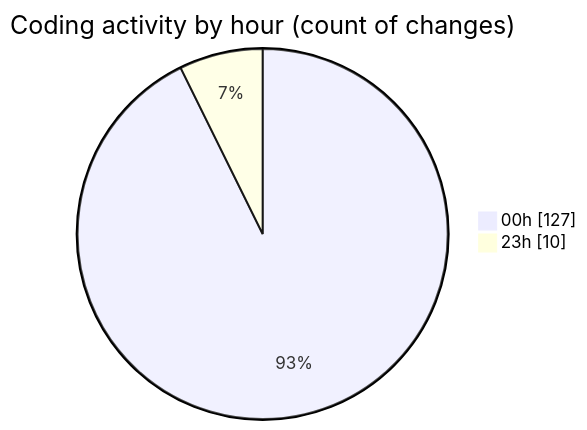
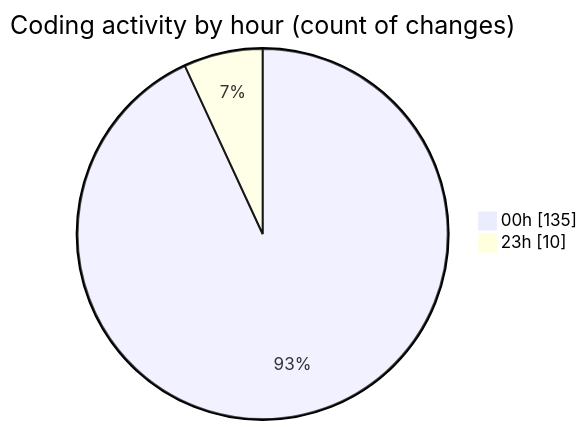
The second of 2 diagrams in 2025-07-18/mern-workoutboard/README.md (Ritupan-Deka/code-tracking), drawn with Mermaid before and after one commit. The commit also changed other lines of this file and 1 other file, not shown here.

````diff
--- a/2025-07-18/mern-workoutboard/README.md
+++ b/2025-07-18/mern-workoutboard/README.md
@@ -32,6 +34,6 @@
 ```mermaid
 pie showData
 title Coding activity by hour (count of changes)
-"00h" : 127
+"00h" : 135
 "23h" : 10
 ```
````
